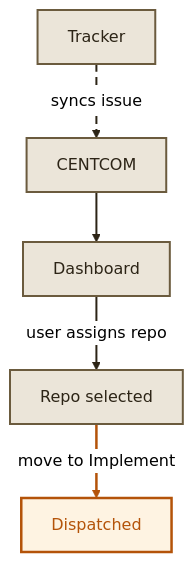
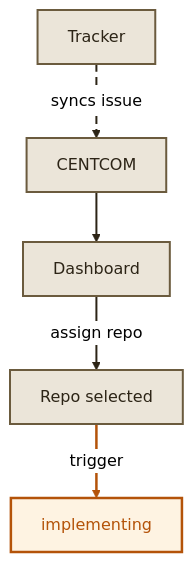
One commit to dunkinfrunkin/maestro changed the second of 5 diagrams in docs/docs/pipeline.mdx. Above: the diagram before and after it, drawn with Mermaid (neutral theme). The commit also changed other lines of this file, not shown here.

````diff
--- a/docs/docs/pipeline.mdx
+++ b/docs/docs/pipeline.mdx
@@ -43,18 +43,18 @@
 ```mermaid
 graph TB
   TR["Tracker"] -- "syncs issue" --> CC["CENTCOM"]
   CC --> DASH["Dashboard"]
-  DASH -- "user assigns repo" --> REPO["Repo selected"]
-  REPO -- "move to Implement" --> GO["Dispatched"]
+  DASH -- "assign repo" --> REPO["Repo selected"]
+  REPO -- "trigger" --> GO["implementing"]
 
   style TR fill:#ebe5d9,stroke:#6b5b3e,stroke-width:2px,color:#2c2416
   style CC fill:#ebe5d9,stroke:#6b5b3e,stroke-width:2px,color:#2c2416
   style DASH fill:#ebe5d9,stroke:#6b5b3e,stroke-width:2px,color:#2c2416
   style REPO fill:#ebe5d9,stroke:#6b5b3e,stroke-width:2px,color:#2c2416
   style GO fill:#fef3e2,stroke:#b45309,stroke-width:2.5px,color:#b45309
 
   linkStyle 0 stroke:#2c2416,stroke-width:2px,stroke-dasharray:8 5
   linkStyle 1 stroke:#2c2416,stroke-width:2px
   linkStyle 2 stroke:#2c2416,stroke-width:2px
   linkStyle 3 stroke:#b45309,stroke-width:2.5px
 ```
````
